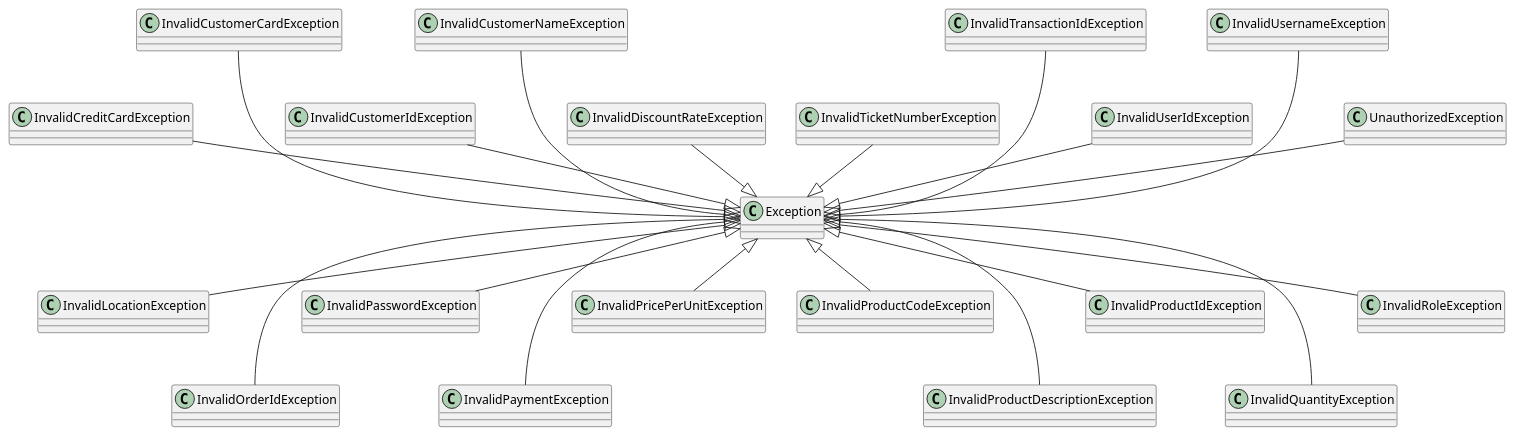
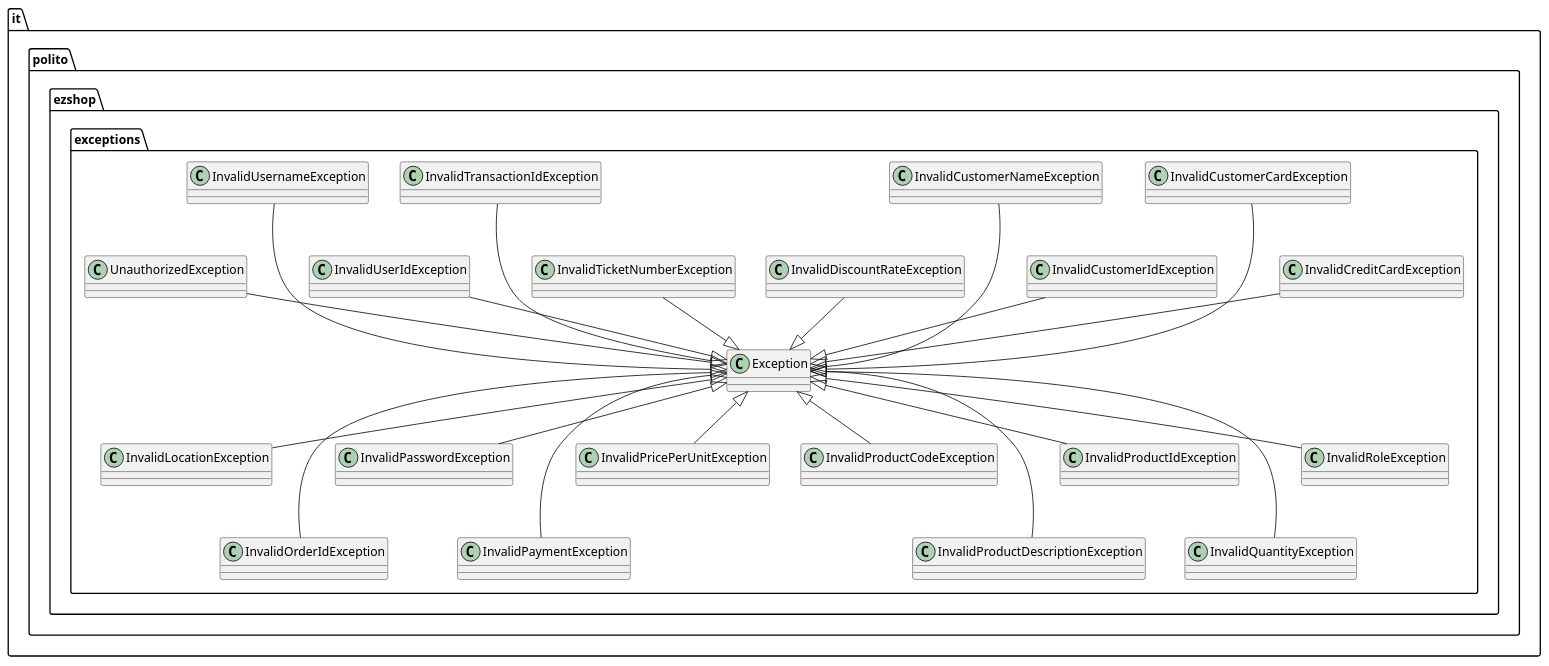
The third of 18 diagrams in Deliverables/DesignDocument.md (ThePiromaximus/ezshop), drawn with PlantUML before and after one commit. The commit also changed other lines of this file, not shown here.

````diff
--- a/Deliverables/DesignDocument.md
+++ b/Deliverables/DesignDocument.md
@@ -222,28 +235,30 @@
 ```plantuml
 @startuml
-class "Exception" as E
-InvalidCreditCardException -down-|> E
-InvalidCustomerCardException -down--|> E
-InvalidCustomerIdException -down-|> E
-InvalidCustomerNameException -down--|> E
-InvalidDiscountRateException -down-|> E
+package it.polito.ezshop.exceptions {
+    class "Exception" as E
+    InvalidCreditCardException -down-|> E
+    InvalidCustomerCardException -down--|> E
+    InvalidCustomerIdException -down-|> E
+    InvalidCustomerNameException -down--|> E
+    InvalidDiscountRateException -down-|> E
 
-InvalidLocationException -up-|> E
-InvalidOrderIdException -up--|> E
-InvalidPasswordException -up-|> E
-InvalidPaymentException -up--|> E
-InvalidPricePerUnitException -up-|> E
+    InvalidLocationException -up-|> E
+    InvalidOrderIdException -up--|> E
+    InvalidPasswordException -up-|> E
+    InvalidPaymentException -up--|> E
+    InvalidPricePerUnitException -up-|> E
 
-InvalidProductCodeException -up-|> E
-InvalidProductDescriptionException -up--|> E
-InvalidProductIdException -up-|> E
-InvalidQuantityException -up--|> E
-InvalidRoleException -up-|> E
+    InvalidProductCodeException -up-|> E
+    InvalidProductDescriptionException -up--|> E
+    InvalidProductIdException -up-|> E
+    InvalidQuantityException -up--|> E
+    InvalidRoleException -up-|> E
 
-InvalidTicketNumberException -down-|> E
-InvalidTransactionIdException -down--|> E
-InvalidUserIdException -down-|> E
-InvalidUsernameException -down--|> E
-UnauthorizedException -down-|> E
+    InvalidTicketNumberException -down-|> E
+    InvalidTransactionIdException -down--|> E
+    InvalidUserIdException -down-|> E
+    InvalidUsernameException -down--|> E
+    UnauthorizedException -down-|> E
+}
 @enduml
 ```
````
